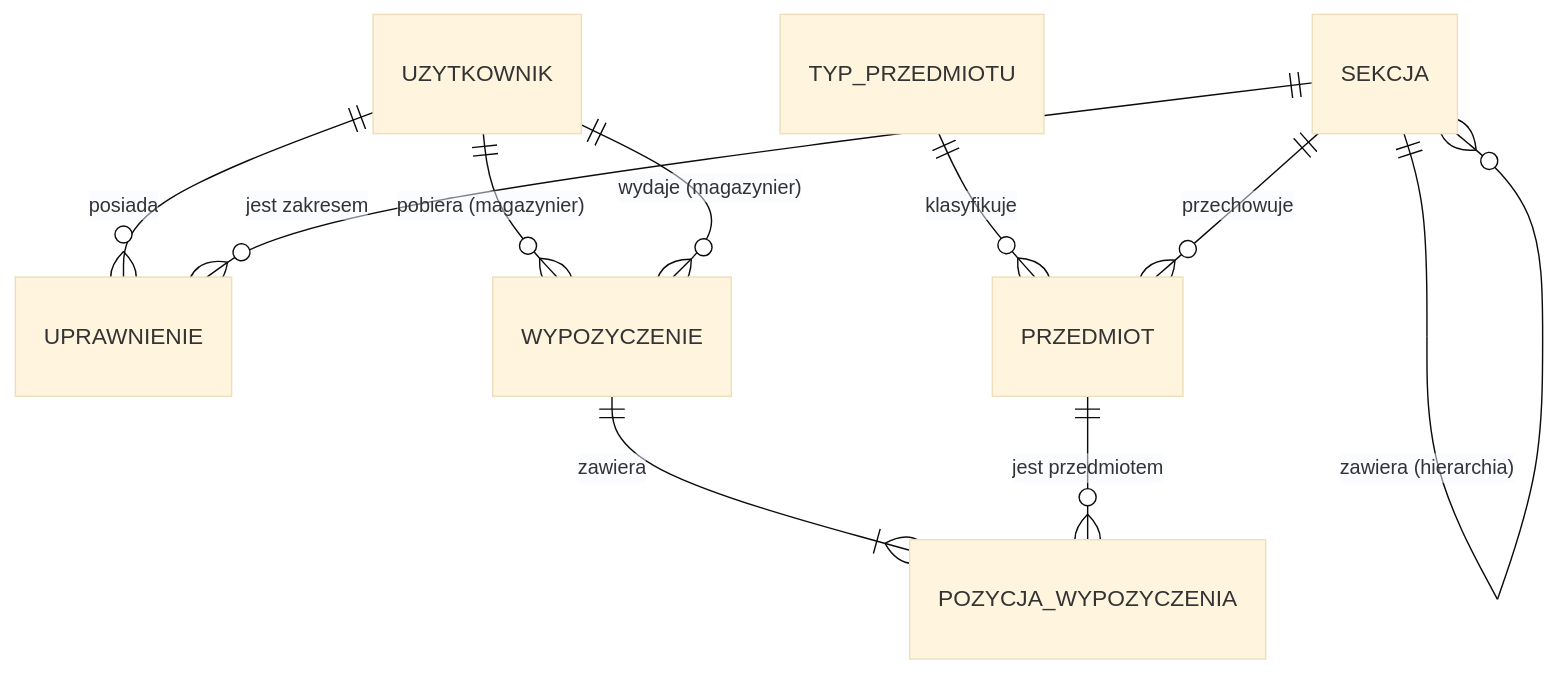
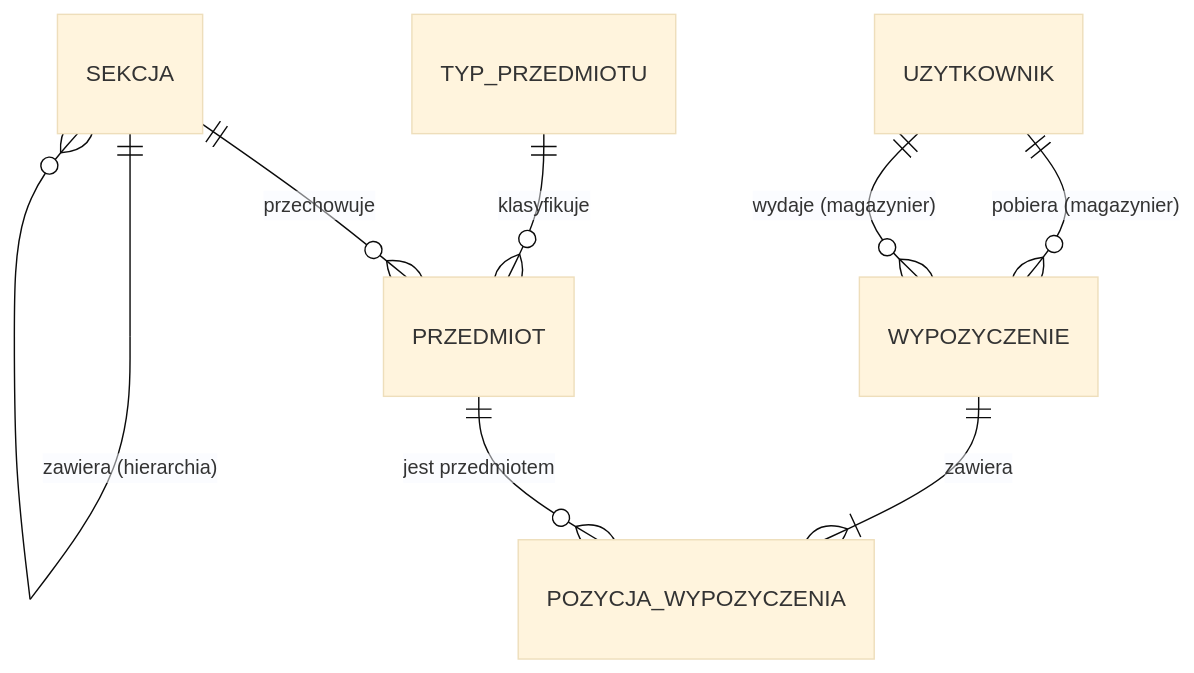
The diagram in model/conceptual.md (GOLDER303/magazynownik), drawn with Mermaid (base theme) before and after one commit.

Commit message:
Remove Uprawnienia from conceptual model

````diff
--- a/model/conceptual.md
+++ b/model/conceptual.md
@@ -1,14 +1,12 @@
 ```mermaid
 erDiagram
-    UZYTKOWNIK            ||--o{ UPRAWNIENIE          : "posiada"
-    SEKCJA                ||--o{ UPRAWNIENIE          : "jest zakresem"
     SEKCJA                ||--o{ SEKCJA               : "zawiera (hierarchia)"
 
     TYP_PRZEDMIOTU        ||--o{ PRZEDMIOT            : "klasyfikuje"
     SEKCJA                ||--o{ PRZEDMIOT            : "przechowuje"
 
     UZYTKOWNIK            ||--o{ WYPOZYCZENIE         : "pobiera (magazynier)"
     UZYTKOWNIK            ||--o{ WYPOZYCZENIE         : "wydaje (magazynier)"
     WYPOZYCZENIE          ||--|{ POZYCJA_WYPOZYCZENIA : "zawiera"
     PRZEDMIOT             ||--o{ POZYCJA_WYPOZYCZENIA : "jest przedmiotem"
 ```
````
